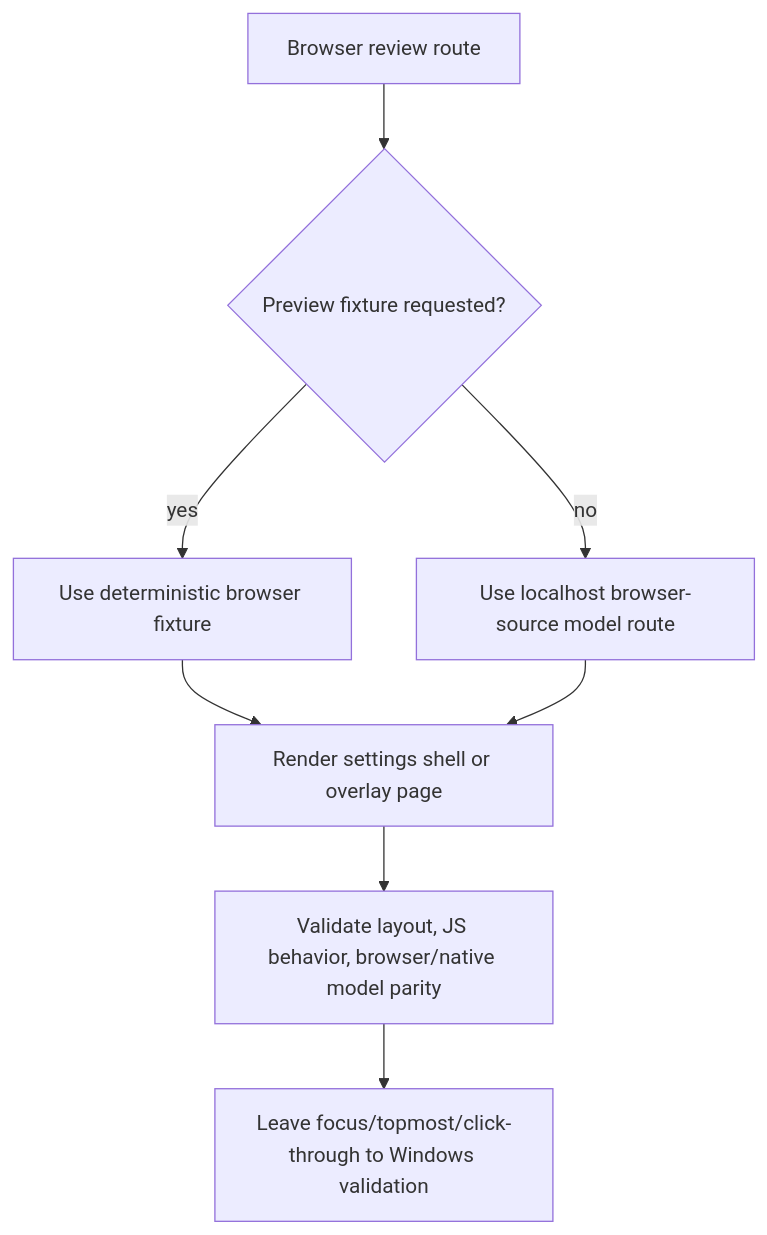
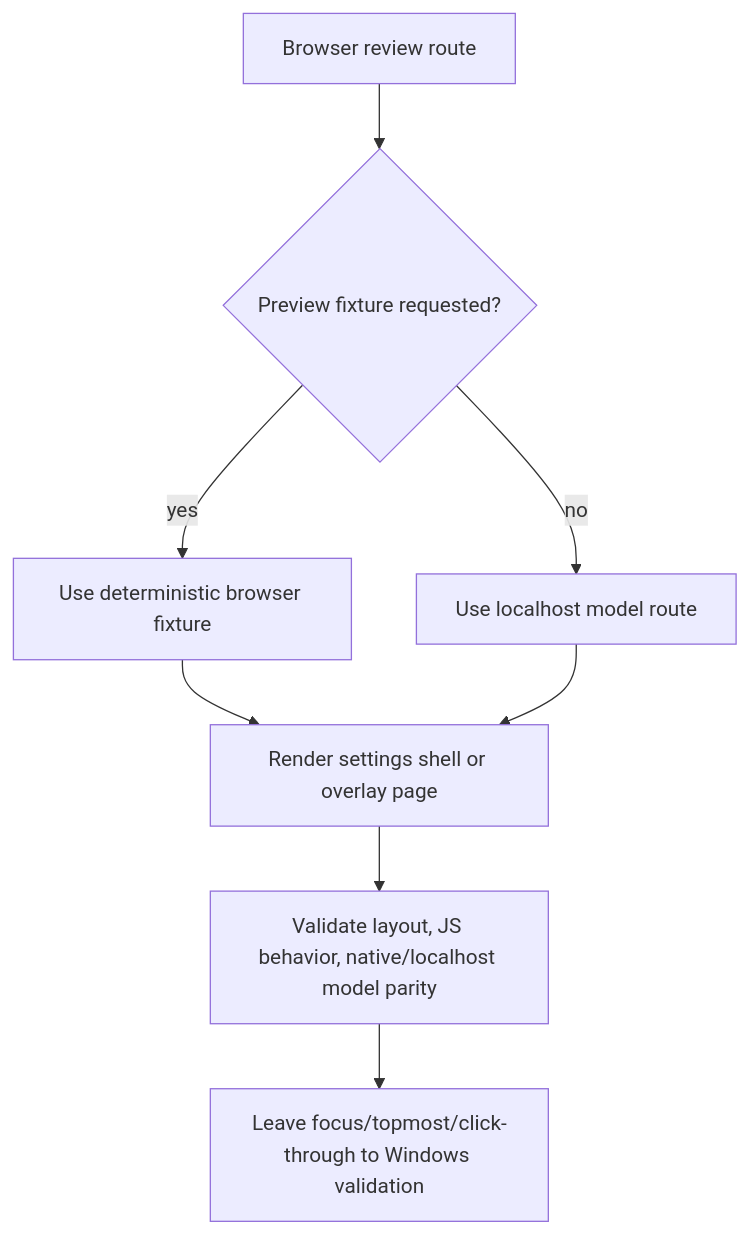
One commit to Boucher-David/tmrOverlay changed diagram 16 of 16 in docs/overlay-flow-diagrams.md. Above: the diagram before and after it, drawn with Mermaid. The commit also changed other lines of this file and 267 other files, not shown here.

````diff
--- a/docs/overlay-flow-diagrams.md
+++ b/docs/overlay-flow-diagrams.md
@@ -256,10 +256,10 @@
 ```mermaid
 flowchart TD
     Start["Browser review route"] --> Fixture{"Preview fixture requested?"}
     Fixture -- yes --> Mock["Use deterministic browser fixture"]
-    Fixture -- no --> Localhost["Use localhost browser-source model route"]
+    Fixture -- no --> Localhost["Use localhost model route"]
     Mock --> Page["Render settings shell or overlay page"]
     Localhost --> Page
-    Page --> Validate["Validate layout, JS behavior, browser/native model parity"]
+    Page --> Validate["Validate layout, JS behavior, native/localhost model parity"]
     Validate --> Boundary["Leave focus/topmost/click-through to Windows validation"]
 ```
````
